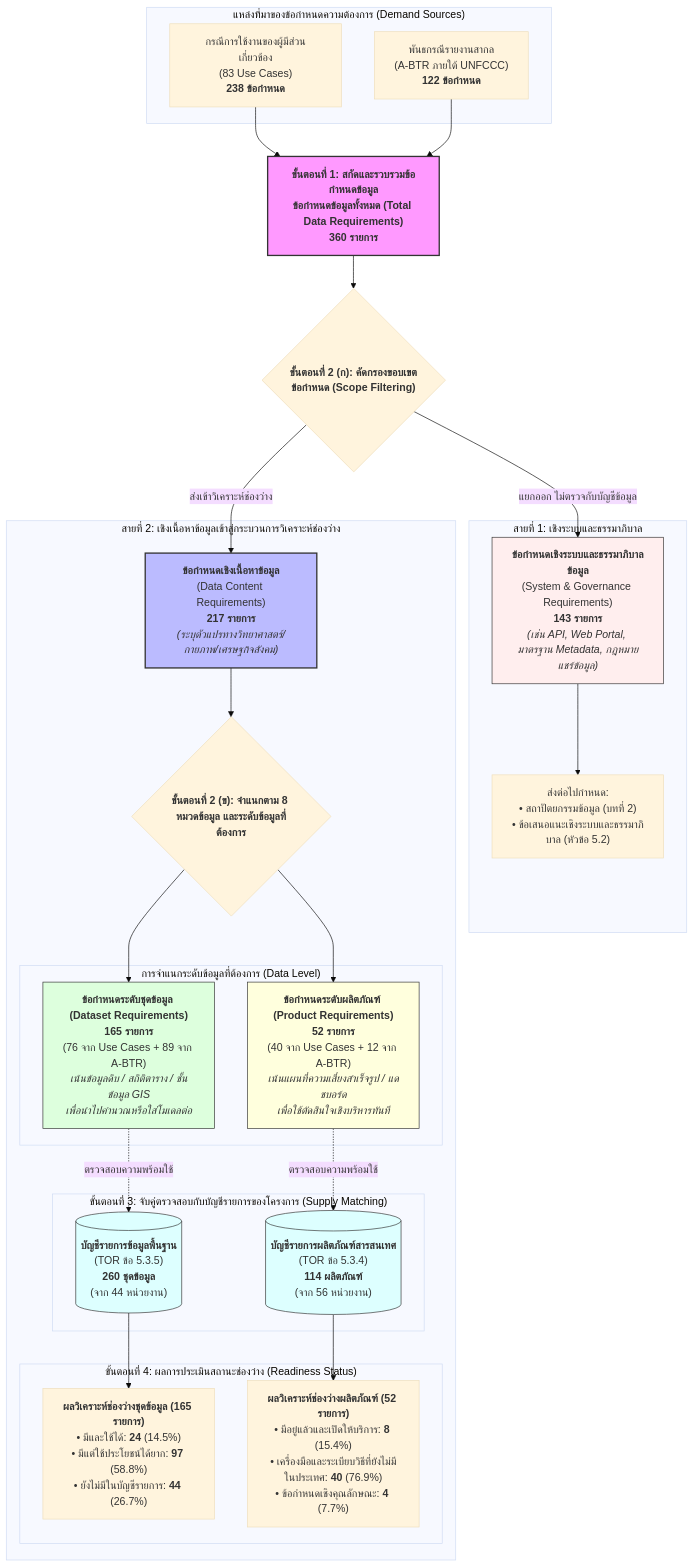
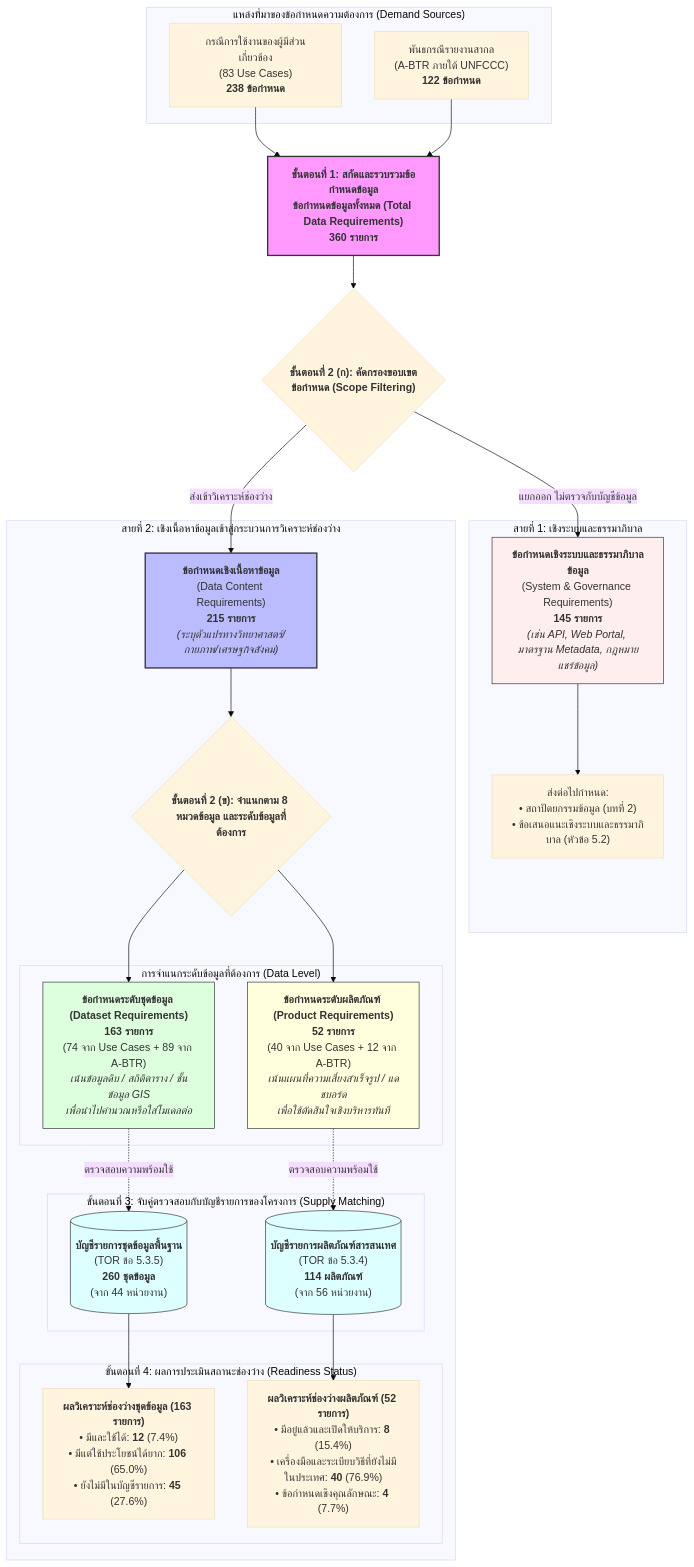
The diagram in ψ/incubate/drafts/crdb-full-report-5.1/draft-v2.md (Bossax/arun-creagy), drawn with Mermaid (base theme) before and after one commit. The commit also changed other lines of this file, not shown here.

````diff
--- a/ψ/incubate/drafts/crdb-full-report-5.1/draft-v2.md
+++ b/ψ/incubate/drafts/crdb-full-report-5.1/draft-v2.md
@@ -47,60 +47,60 @@
 ```mermaid
 flowchart TD
     subgraph S1 ["แหล่งที่มาของข้อกำหนดความต้องการ (Demand Sources)"]
         UC["กรณีการใช้งานของผู้มีส่วนเกี่ยวข้อง<br/>(83 Use Cases)<br/><b>238 ข้อกำหนด</b>"]
         BTR["พันธกรณีรายงานสากล<br/>(A-BTR ภายใต้ UNFCCC)<br/><b>122 ข้อกำหนด</b>"]
     end
 
     TOTAL["<b>ขั้นตอนที่ 1: สกัดและรวบรวมข้อกำหนดข้อมูล</b><br/><b>ข้อกำหนดข้อมูลทั้งหมด (Total Data Requirements)</b><br/><b>360 รายการ</b>"]
     UC --> TOTAL
     BTR --> TOTAL
 
     TOTAL --> STEP1{"<b>ขั้นตอนที่ 2 (ก): คัดกรองขอบเขตข้อกำหนด (Scope Filtering)</b>"}
 
     subgraph TRACK_SYS ["สายที่ 1: เชิงระบบและธรรมาภิบาล"]
-        SYS["<b>ข้อกำหนดเชิงระบบและธรรมาภิบาลข้อมูล</b><br/>(System & Governance Requirements)<br/><b>143 รายการ</b><br/><i>(เช่น API, Web Portal, มาตรฐาน Metadata, กฎหมายแชร์ข้อมูล)</i>"]
+        SYS["<b>ข้อกำหนดเชิงระบบและธรรมาภิบาลข้อมูล</b><br/>(System & Governance Requirements)<br/><b>145 รายการ</b><br/><i>(เช่น API, Web Portal, มาตรฐาน Metadata, กฎหมายแชร์ข้อมูล)</i>"]
         SYS_TARGET["ส่งต่อไปกำหนด:<br/>• สถาปัตยกรรมข้อมูล (บทที่ 2)<br/>• ข้อเสนอแนะเชิงระบบและธรรมาภิบาล (หัวข้อ 5.2)"]
         SYS --> SYS_TARGET
     end
 
     subgraph TRACK_DATA ["สายที่ 2: เชิงเนื้อหาข้อมูลเข้าสู่กระบวนการวิเคราะห์ช่องว่าง"]
-        CONTENT["<b>ข้อกำหนดเชิงเนื้อหาข้อมูล</b><br/>(Data Content Requirements)<br/><b>217 รายการ</b><br/><i>(ระบุตัวแปรทางวิทยาศาสตร์/กายภาพ/เศรษฐกิจสังคม)</i>"]
+        CONTENT["<b>ข้อกำหนดเชิงเนื้อหาข้อมูล</b><br/>(Data Content Requirements)<br/><b>215 รายการ</b><br/><i>(ระบุตัวแปรทางวิทยาศาสตร์/กายภาพ/เศรษฐกิจสังคม)</i>"]
         
         STEP2{"<b>ขั้นตอนที่ 2 (ข): จำแนกตาม 8 หมวดข้อมูล และระดับข้อมูลที่ต้องการ</b>"}
         CONTENT --> STEP2
 
         subgraph SPLIT_TYPE ["การจำแนกระดับข้อมูลที่ต้องการ (Data Level)"]
-            REQ_DS["<b>ข้อกำหนดระดับชุดข้อมูล (Dataset Requirements)</b><br/><b>165 รายการ</b><br/>(76 จาก Use Cases + 89 จาก A-BTR)<br/><i>เน้นข้อมูลดิบ / สถิติตาราง / ชั้นข้อมูล GIS<br/>เพื่อนำไปคำนวณหรือใส่โมเดลต่อ</i>"]
+            REQ_DS["<b>ข้อกำหนดระดับชุดข้อมูล (Dataset Requirements)</b><br/><b>163 รายการ</b><br/>(74 จาก Use Cases + 89 จาก A-BTR)<br/><i>เน้นข้อมูลดิบ / สถิติตาราง / ชั้นข้อมูล GIS<br/>เพื่อนำไปคำนวณหรือใส่โมเดลต่อ</i>"]
             REQ_PR["<b>ข้อกำหนดระดับผลิตภัณฑ์ (Product Requirements)</b><br/><b>52 รายการ</b><br/>(40 จาก Use Cases + 12 จาก A-BTR)<br/><i>เน้นแผนที่ความเสี่ยงสำเร็จรูป / แดชบอร์ด<br/>เพื่อใช้ตัดสินใจเชิงบริหารทันที</i>"]
         end
         STEP2 --> REQ_DS
         STEP2 --> REQ_PR
 
         subgraph INVENTORY ["ขั้นตอนที่ 3: จับคู่ตรวจสอบกับบัญชีรายการของโครงการ (Supply Matching)"]
-            INV_DS[("<b>บัญชีรายการข้อมูลพื้นฐาน</b><br/>(TOR ข้อ 5.3.5)<br/><b>260 ชุดข้อมูล</b><br/>(จาก 44 หน่วยงาน)")]
+            INV_DS[("<b>บัญชีรายการชุดข้อมูลพื้นฐาน</b><br/>(TOR ข้อ 5.3.5)<br/><b>260 ชุดข้อมูล</b><br/>(จาก 44 หน่วยงาน)")]
             INV_PR[("<b>บัญชีรายการผลิตภัณฑ์สารสนเทศ</b><br/>(TOR ข้อ 5.3.4)<br/><b>114 ผลิตภัณฑ์</b><br/>(จาก 56 หน่วยงาน)")]
         end
 
         REQ_DS -.->|ตรวจสอบความพร้อมใช้| INV_DS
         REQ_PR -.->|ตรวจสอบความพร้อมใช้| INV_PR
 
         subgraph GAP_RESULT ["ขั้นตอนที่ 4: ผลการประเมินสถานะช่องว่าง (Readiness Status)"]
-            RES_DS["<b>ผลวิเคราะห์ช่องว่างชุดข้อมูล (165 รายการ)</b><br/>• มีและใช้ได้: <b>24</b> (14.5%)<br/>• มีแต่ใช้ประโยชน์ได้ยาก: <b>97</b> (58.8%)<br/>• ยังไม่มีในบัญชีรายการ: <b>44</b> (26.7%)"]
+            RES_DS["<b>ผลวิเคราะห์ช่องว่างชุดข้อมูล (163 รายการ)</b><br/>• มีและใช้ได้: <b>12</b> (7.4%)<br/>• มีแต่ใช้ประโยชน์ได้ยาก: <b>106</b> (65.0%)<br/>• ยังไม่มีในบัญชีรายการ: <b>45</b> (27.6%)"]
             RES_PR["<b>ผลวิเคราะห์ช่องว่างผลิตภัณฑ์ (52 รายการ)</b><br/>• มีอยู่แล้วและเปิดให้บริการ: <b>8</b> (15.4%)<br/>• เครื่องมือและระเบียบวิธีที่ยังไม่มีในประเทศ: <b>40</b> (76.9%)<br/>• ข้อกำหนดเชิงคุณลักษณะ: <b>4</b> (7.7%)"]
         end
 
         INV_DS --> RES_DS
         INV_PR --> RES_PR
     end
 
     STEP1 -->|แยกออก ไม่ตรวจกับบัญชีข้อมูล| SYS
     STEP1 -->|ส่งเข้าวิเคราะห์ช่องว่าง| CONTENT
 
     style TOTAL fill:#f9f,stroke:#333,stroke-width:2px
     style CONTENT fill:#bbf,stroke:#333,stroke-width:2px
     style SYS fill:#fee,stroke:#333,stroke-width:1px
     style REQ_DS fill:#dfd,stroke:#333,stroke-width:1px
     style REQ_PR fill:#ffd,stroke:#333,stroke-width:1px
     style INV_DS fill:#dff,stroke:#333,stroke-width:1px
     style INV_PR fill:#dff,stroke:#333,stroke-width:1px
 ```
````
